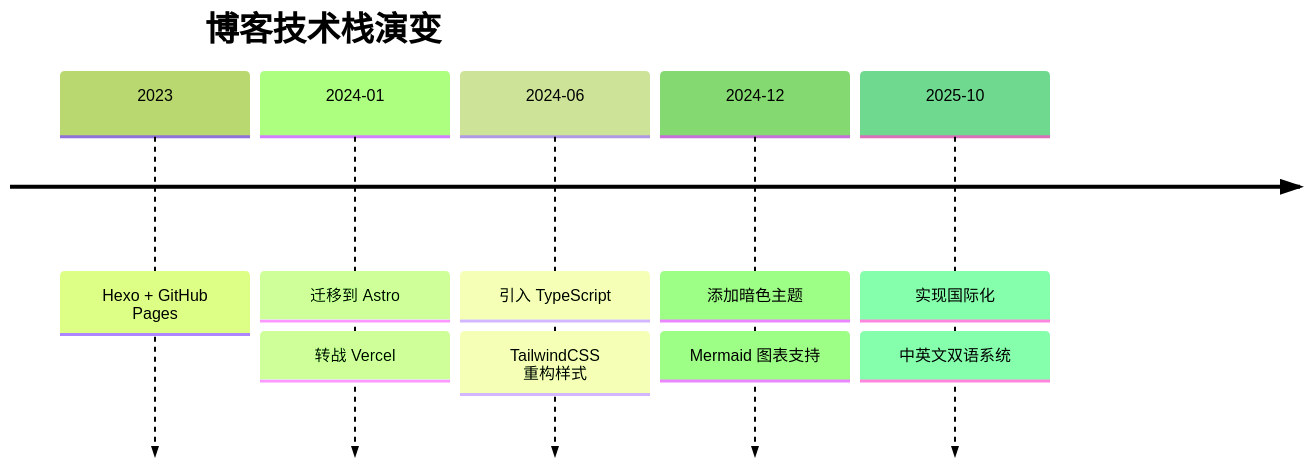
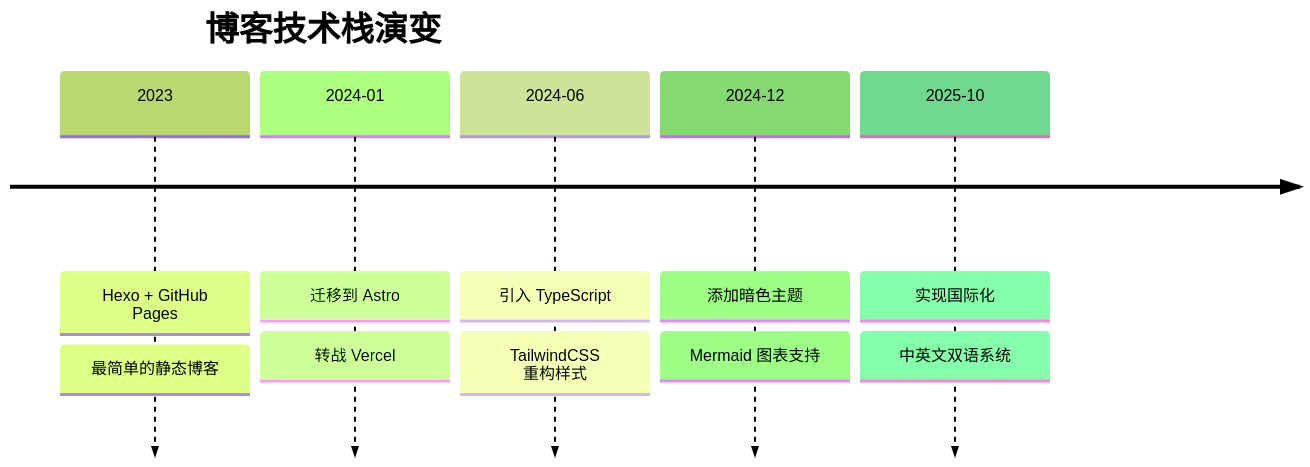
One commit to gaezon/AstroPaper-blog changed the diagram in src/pages/milestones.md. Above: the diagram before and after it, drawn with Mermaid (forest theme). The commit also changed other lines of this file, not shown here.

````diff
--- a/src/pages/milestones.md
+++ b/src/pages/milestones.md
@@ -17,14 +15,14 @@
 ```mermaid
 timeline
     title 博客技术栈演变
     2023 : Hexo + GitHub Pages
-## 💡 一些思考
+         : 最简单的静态博客
     2024-01 : 迁移到 Astro
             : 转战 Vercel
     2024-06 : 引入 TypeScript
             : TailwindCSS 重构样式
     2024-12 : 添加暗色主题
             : Mermaid 图表支持
     2025-10 : 实现国际化
             : 中英文双语系统
 ```
````
